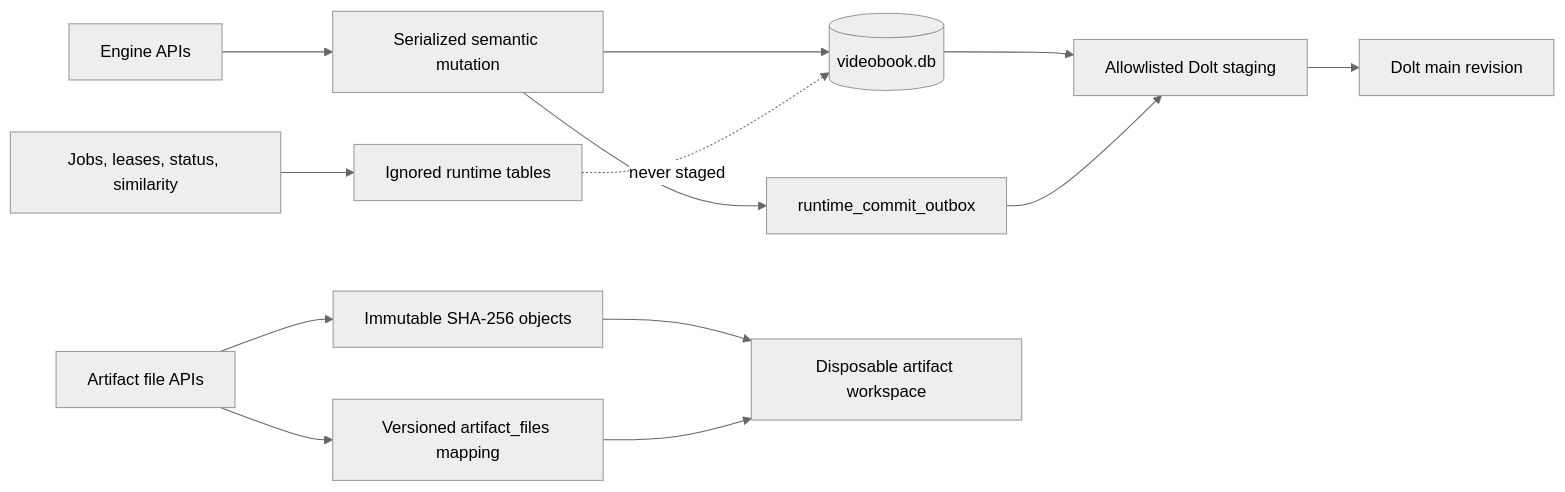
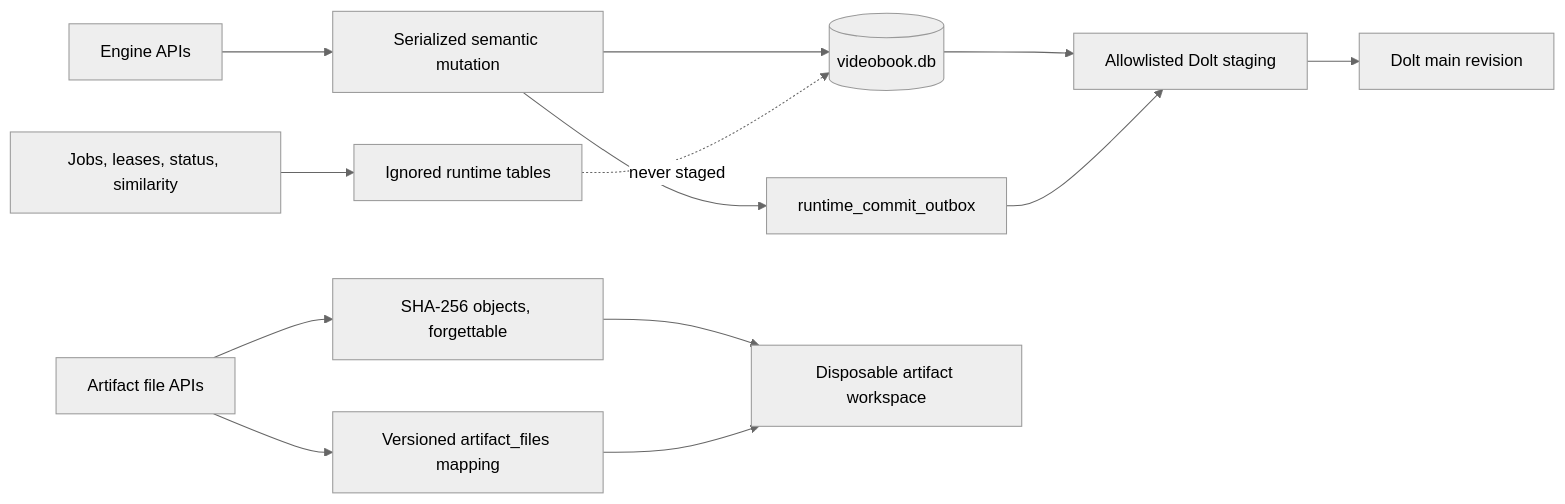
The first of 2 diagrams in docs/engine-layout.md (justintanner/videobook-engine), drawn with Mermaid (neutral theme) before and after one commit. The commit also changed other lines of this file and 18 other files, not shown here.

First line of the commit message:
feat: forgettable CAS objects, GC, and transcripts behind object references

````diff
--- a/docs/engine-layout.md
+++ b/docs/engine-layout.md
@@ -35,17 +36,17 @@
 ```mermaid
 flowchart LR
   API[Engine APIs] --> TX[Serialized semantic mutation]
   TX --> DB[(videobook.db)]
   TX --> OUTBOX[runtime_commit_outbox]
   DB --> STAGE[Allowlisted Dolt staging]
   OUTBOX --> STAGE
   STAGE --> REV[Dolt main revision]
 
-  FILES[Artifact file APIs] --> CAS[Immutable SHA-256 objects]
+  FILES[Artifact file APIs] --> CAS[SHA-256 objects, forgettable]
   FILES --> MAP[Versioned artifact_files mapping]
   CAS --> WS[Disposable artifact workspace]
   MAP --> WS
 
   JOBS[Jobs, leases, status, similarity] --> RUNTIME[Ignored runtime tables]
   RUNTIME -. never staged .-> DB
 ```
````
